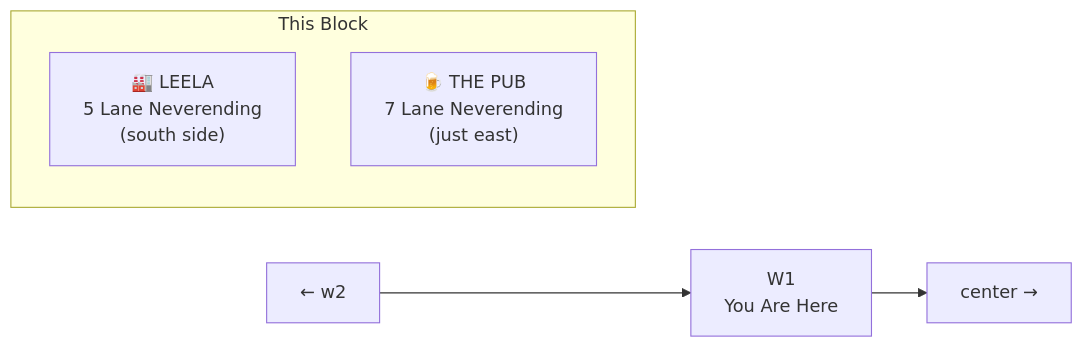
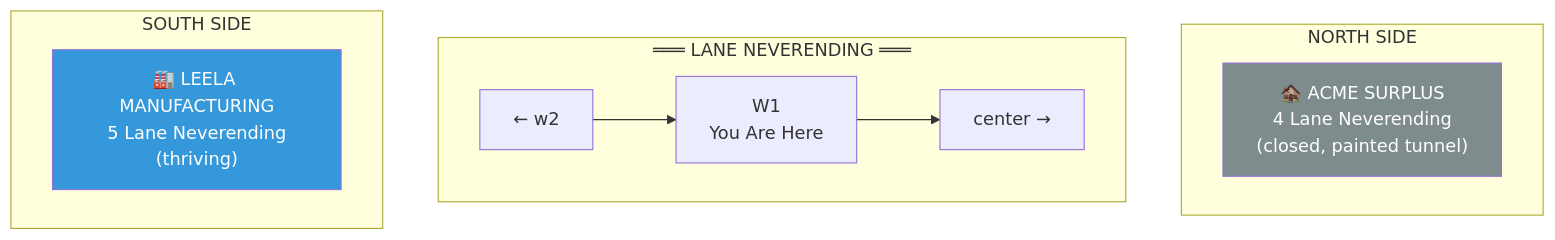
The first of 3 diagrams in examples/adventure-4/street/lane-neverending/w1/README.md (SimHacker/moollm), drawn with Mermaid before and after one commit. The commit also changed other lines of this file and 6 other files, not shown here.

First line of the commit message:
Fix street layout: North/South building placement

````diff
--- a/examples/adventure-4/street/lane-neverending/w1/README.md
+++ b/examples/adventure-4/street/lane-neverending/w1/README.md
@@ -11,10 +11,17 @@
 ```mermaid
-flowchart LR
-    W2["← w2"] --> W1["W1\nYou Are Here"]
-    W1 --> Center["center →"]
+flowchart TB
+    subgraph North["NORTH SIDE"]
+        ACME["🏚️ ACME SURPLUS\n4 Lane Neverending\n(closed, painted tunnel)"]
+    end
     
-    subgraph Buildings["This Block"]
-        Leela["🏭 LEELA\n5 Lane Neverending\n(south side)"]
-        Pub["🍺 THE PUB\n7 Lane Neverending\n(just east)"]
+    subgraph Street["═══ LANE NEVERENDING ═══"]
+        W2["← w2"] --> W1["W1\nYou Are Here"] --> Center["center →"]
     end
+    
+    subgraph South["SOUTH SIDE"]
+        Leela["🏭 LEELA MANUFACTURING\n5 Lane Neverending\n(thriving)"]
+    end
+
+    style ACME fill:#7f8c8d,color:#fff
+    style Leela fill:#3498db,color:#fff
 ```
````
